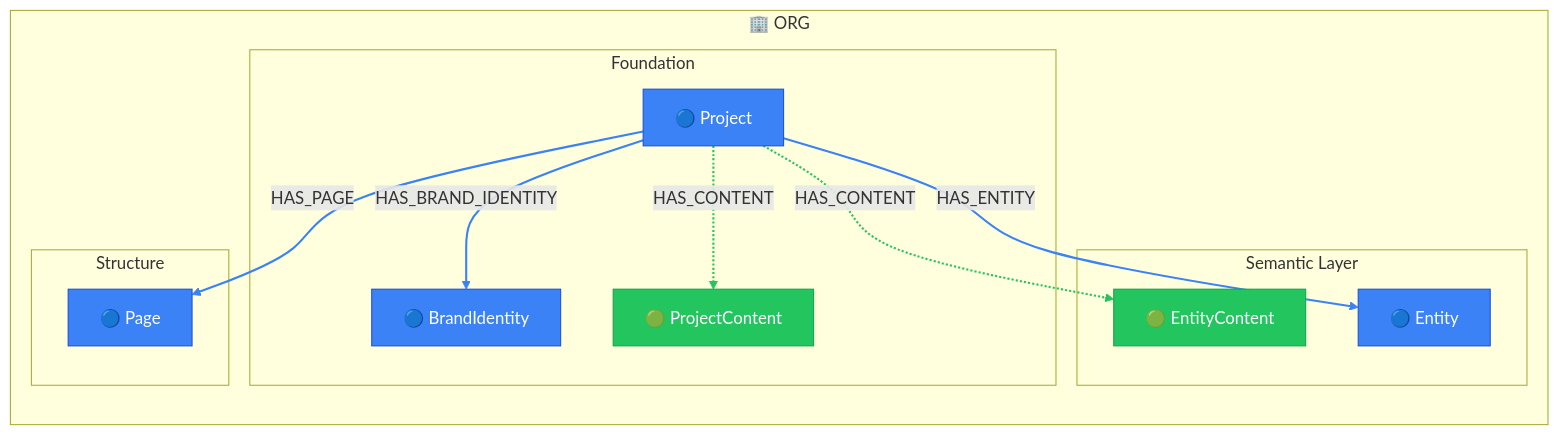
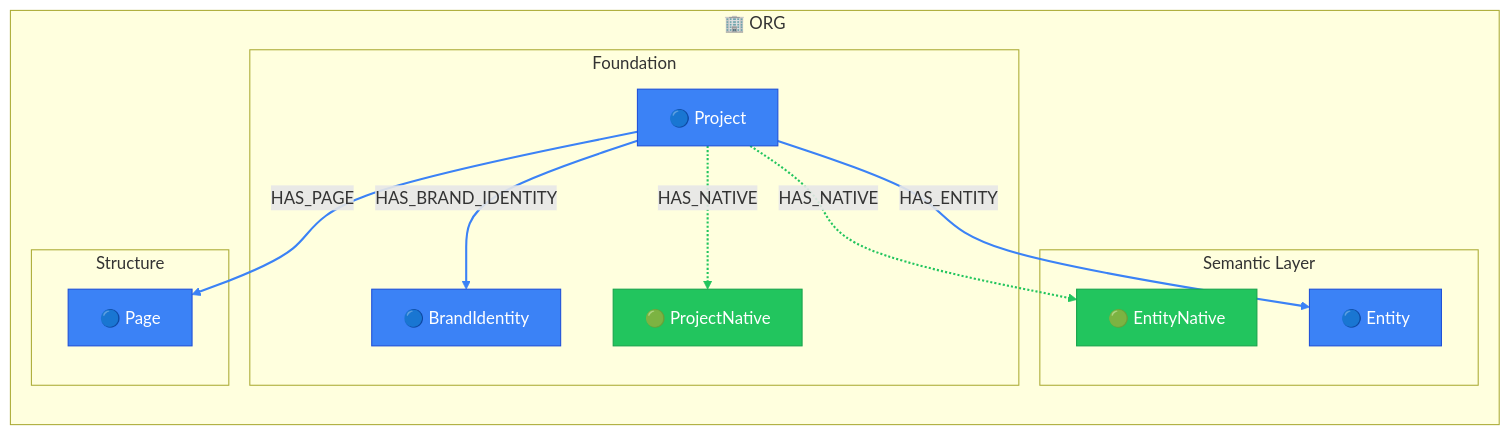
Before and after one commit to supernovae-st/novanet: the diagram in packages/core/models/docs/project-overview.md, drawn with Mermaid. The commit also changed 113 other files, not shown here.

First line of the commit message:
feat(schema): v0.13.0 *Native migration (ADR-029)

````diff
--- a/packages/core/models/docs/project-overview.md
+++ b/packages/core/models/docs/project-overview.md
@@ -21,47 +21,47 @@
 ```mermaid
 flowchart TB
   %% View: Project Overview (project-overview)
   %% 6 nodes, 5 arcs
 
   %% Trait styling (node_trait)
   classDef defined fill:#3b82f6,stroke:#1d4ed8,color:#fff
   classDef authored fill:#22c55e,stroke:#16a34a,color:#fff
   classDef imported fill:#8b5cf6,stroke:#7c3aed,color:#fff
   classDef generated fill:#b58900,stroke:#996f00,color:#fff
   classDef retrieved fill:#6c71c4,stroke:#5761b3,color:#fff
 
   subgraph ORG_REALM["🏢 ORG"]
     direction TB
     subgraph ORG_semantic["Semantic Layer"]
       Entity["🔵 Entity"]
-      EntityContent["🟢 EntityContent"]
+      EntityNative["🟢 EntityNative"]
     end
     subgraph ORG_foundation["Foundation"]
       BrandIdentity["🔵 BrandIdentity"]
       Project["🔵 Project"]
-      ProjectContent["🟢 ProjectContent"]
+      ProjectNative["🟢 ProjectNative"]
     end
     subgraph ORG_structure["Structure"]
       Page["🔵 Page"]
     end
   end
 
   %% Relationships (styled by arc family)
   Project -->|HAS_BRAND_IDENTITY| BrandIdentity
-  Project -.->|HAS_CONTENT| EntityContent
-  Project -.->|HAS_CONTENT| ProjectContent
+  Project -.->|HAS_NATIVE| EntityNative
+  Project -.->|HAS_NATIVE| ProjectNative
   Project -->|HAS_ENTITY| Entity
   Project -->|HAS_PAGE| Page
 
   %% Arc colors by family
   linkStyle 1,2 stroke:#22c55e,stroke-width:2px
   linkStyle 0,3,4 stroke:#3b82f6,stroke-width:2px
 
   %% Class assignments
   class BrandIdentity defined
   class Entity defined
-  class EntityContent authored
+  class EntityNative authored
   class Page defined
   class Project defined
-  class ProjectContent authored
+  class ProjectNative authored
 ```
````
